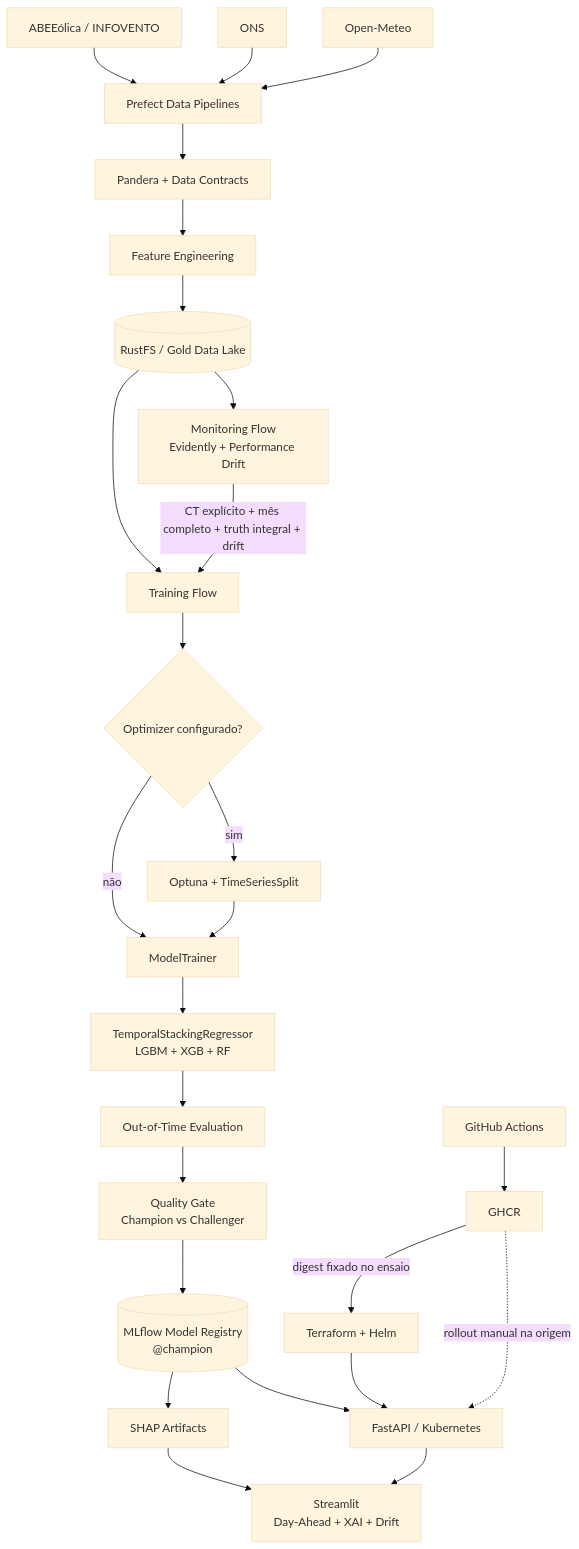
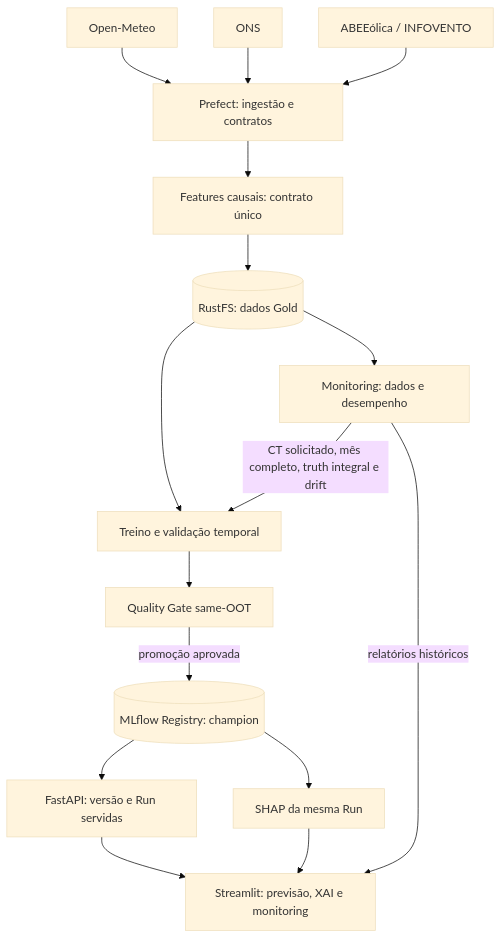
The first of 2 diagrams in README.md (wanderson42/renewable-energy-mlops), drawn with Mermaid (base theme) before and after one commit. The commit also changed other lines of this file and 9 other files, not shown here.

Commit message:
docs: consolidate v1.0 architecture and reproducibility milestone

````diff
--- a/README.md
+++ b/README.md
@@ -18,32 +20,18 @@
 ```mermaid
-flowchart TD
-    OM[Open-Meteo] --> ING[Prefect Data Pipelines]
-    ONS[ONS] --> ING
-    ABE[ABEEólica / INFOVENTO] --> ING
-    ING --> VAL[Pandera + Data Contracts]
-    VAL --> FE[Feature Engineering]
-    FE --> GOLD[(RustFS / Gold Data Lake)]
-
-    GOLD --> MON[Monitoring Flow\nEvidently + Performance Drift]
-    GOLD --> TRAIN[Training Flow]
-
-    MON -->|CT explícito + mês completo + truth integral + drift| TRAIN
-    TRAIN --> OPT{Optimizer configurado?}
-    OPT -->|sim| OP[Optuna + TimeSeriesSplit]
-    OPT -->|não| TR[ModelTrainer]
-    OP --> TR
-    TR --> STACK[TemporalStackingRegressor\nLGBM + XGB + RF]
-    STACK --> OOT[Out-of-Time Evaluation]
-    OOT --> GATE[Quality Gate\nChampion vs Challenger]
-    GATE --> REG[(MLflow Model Registry\n@champion)]
-
-    REG --> API[FastAPI / Kubernetes]
-    API --> DASH[Streamlit\nDay-Ahead + XAI + Drift]
-    REG --> XAI[SHAP Artifacts]
+flowchart TB
+    OM["Open-Meteo"] --> ING["Prefect: ingestão e contratos"]
+    ONS["ONS"] --> ING
+    ABE["ABEEólica / INFOVENTO"] --> ING
+    ING --> FE["Features causais: contrato único"]
+    FE --> GOLD[("RustFS: dados Gold")]
+    GOLD --> TRAIN["Treino e validação temporal"]
+    GOLD --> MON["Monitoring: dados e desempenho"]
+    MON -->|CT solicitado, mês completo, truth integral e drift| TRAIN
+    TRAIN --> GATE["Quality Gate same-OOT"]
+    GATE -->|promoção aprovada| REG[("MLflow Registry: champion")]
+    REG --> API["FastAPI: versão e Run servidas"]
+    REG --> XAI["SHAP da mesma Run"]
+    API --> DASH["Streamlit: previsão, XAI e monitoring"]
     XAI --> DASH
-
-    GHA[GitHub Actions] --> GHCR[GHCR]
-    GHCR -. rollout manual na origem .-> API
-    GHCR -->|digest fixado no ensaio| DEPLOY[Terraform + Helm]
-    DEPLOY --> API
+    MON -->|relatórios históricos| DASH
 ```
````
